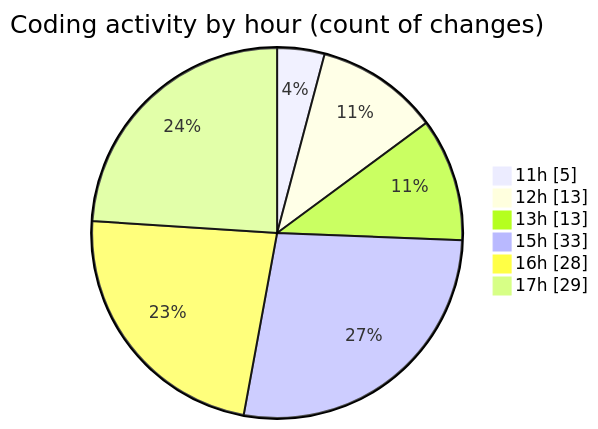
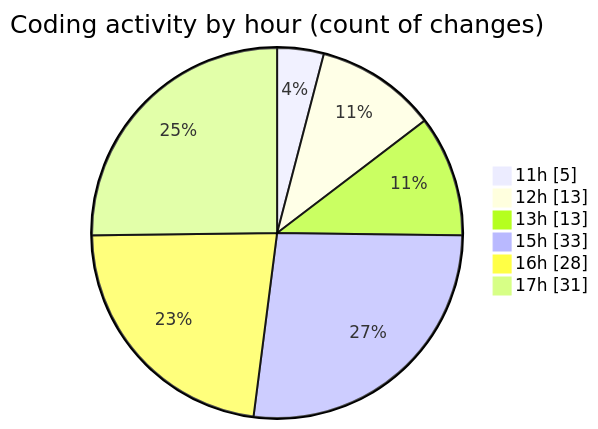
Before and after one commit to nxtqubesakshisongat/code-tracking: the second of 2 diagrams in 2025-08-06/nxtqube_webapp/README.md, drawn with Mermaid. The commit also changed other lines of this file and 1 other file, not shown here.

````diff
--- a/2025-08-06/nxtqube_webapp/README.md
+++ b/2025-08-06/nxtqube_webapp/README.md
@@ -41,10 +41,10 @@
 ```mermaid
 pie showData
 title Coding activity by hour (count of changes)
 "11h" : 5
 "12h" : 13
 "13h" : 13
 "15h" : 33
 "16h" : 28
-"17h" : 29
+"17h" : 31
 ```
````
